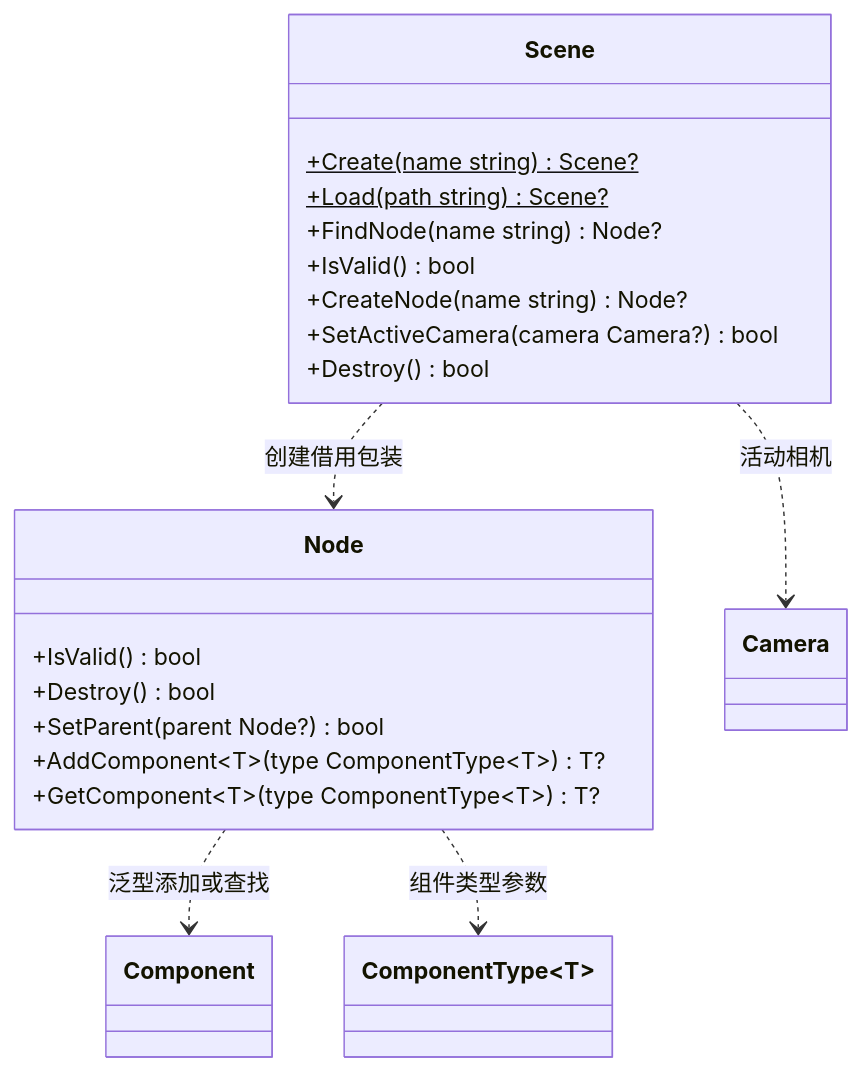
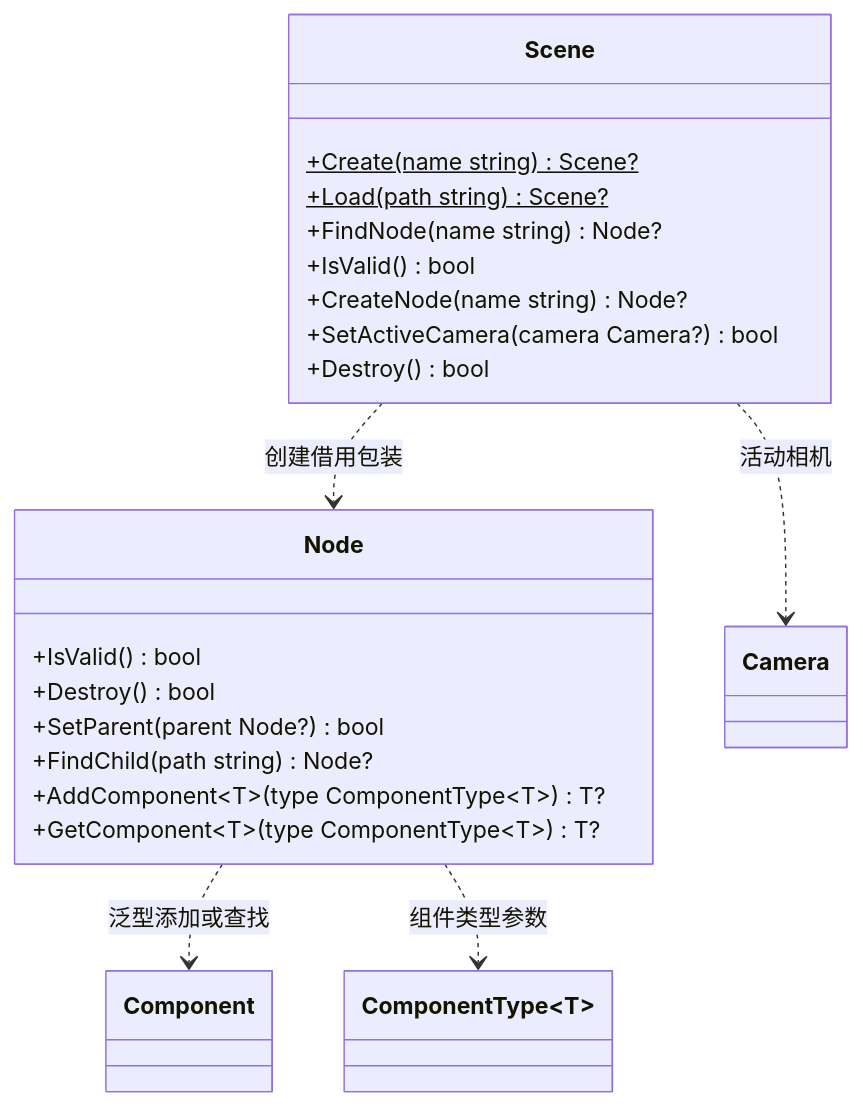
The second of 3 diagrams in docs/runtime/class-diagrams/gameplay.md (lcals/Engine), drawn with Mermaid before and after one commit. The commit also changed 49 other files, not shown here.

````diff
--- a/docs/runtime/class-diagrams/gameplay.md
+++ b/docs/runtime/class-diagrams/gameplay.md
@@ -46,27 +46,28 @@
 ```mermaid
 classDiagram
     direction TB
     class Scene {
         +Create(name string) Scene?$
         +Load(path string) Scene?$
         +FindNode(name string) Node?
         +IsValid() bool
         +CreateNode(name string) Node?
         +SetActiveCamera(camera Camera?) bool
         +Destroy() bool
     }
     class Node {
         +IsValid() bool
         +Destroy() bool
         +SetParent(parent Node?) bool
+        +FindChild(path string) Node?
         +AddComponent~T~(type ComponentType~T~) T?
         +GetComponent~T~(type ComponentType~T~) T?
     }
     class Component
     class ComponentType~T~
     class Camera
     Scene ..> Node : 创建借用包装
     Scene ..> Camera : 活动相机
     Node ..> Component : 泛型添加或查找
     Node ..> ComponentType : 组件类型参数
 ```
````
